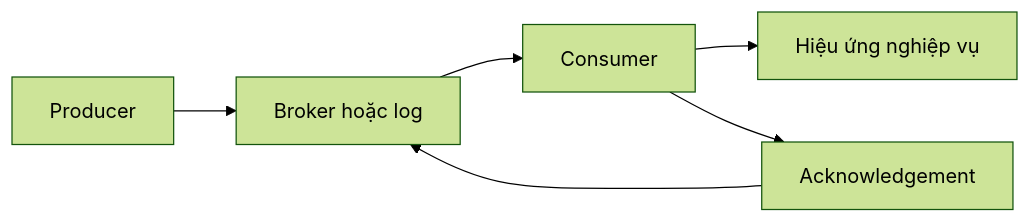
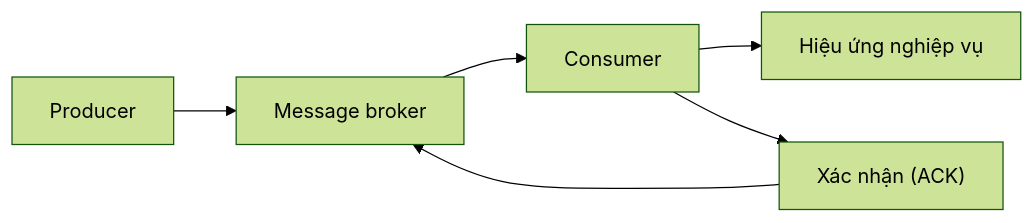
One commit to thucne/software-development-atlas changed the first of 3 diagrams in content/docs/distributed-systems/delivery-semantics.vi.mdx. Above: the diagram before and after it, drawn with Mermaid (forest theme). The commit also changed other lines of this file and 133 other files, not shown here.

````diff
--- a/content/docs/distributed-systems/delivery-semantics.vi.mdx
+++ b/content/docs/distributed-systems/delivery-semantics.vi.mdx
@@ -29,8 +35,8 @@
 ```mermaid
 flowchart LR
-  P["Producer"] --> B["Broker hoặc log"]
+  P["Producer"] --> B["Message broker"]
   B --> C["Consumer"]
   C --> E["Hiệu ứng nghiệp vụ"]
-  C --> A["Acknowledgement"]
+  C --> A["Xác nhận (ACK)"]
   A --> B
 ```
````
